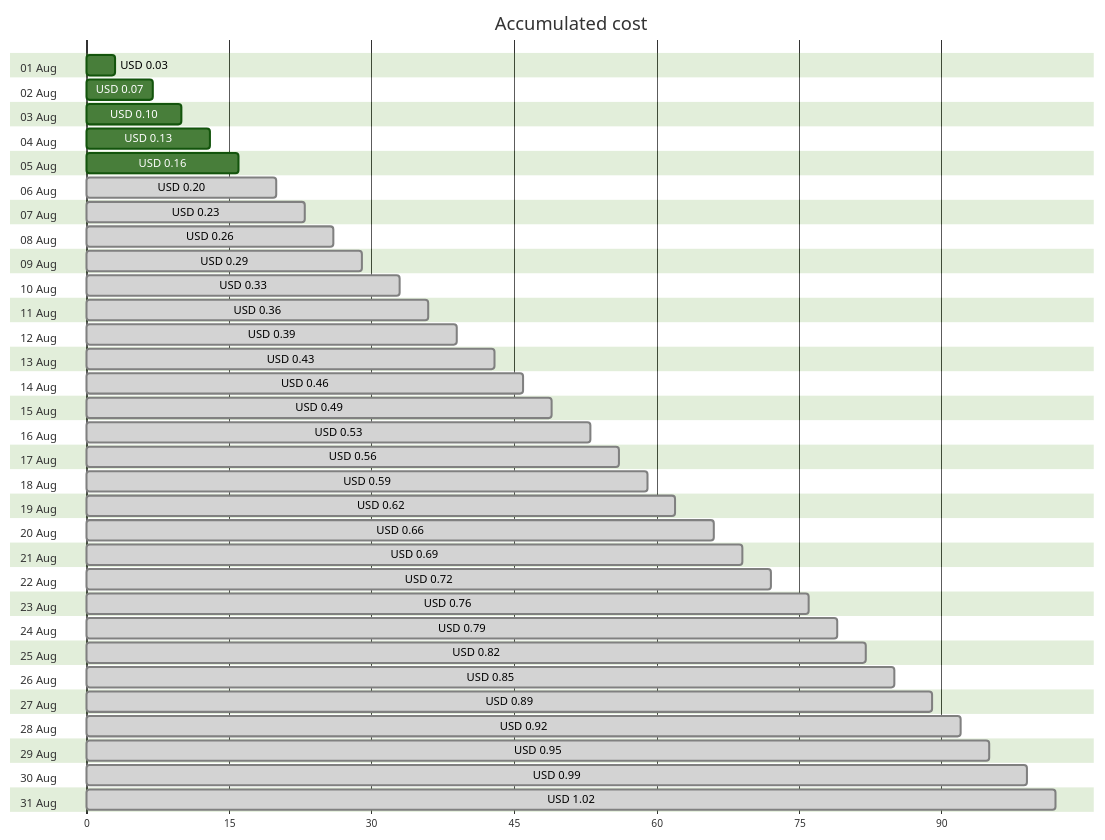
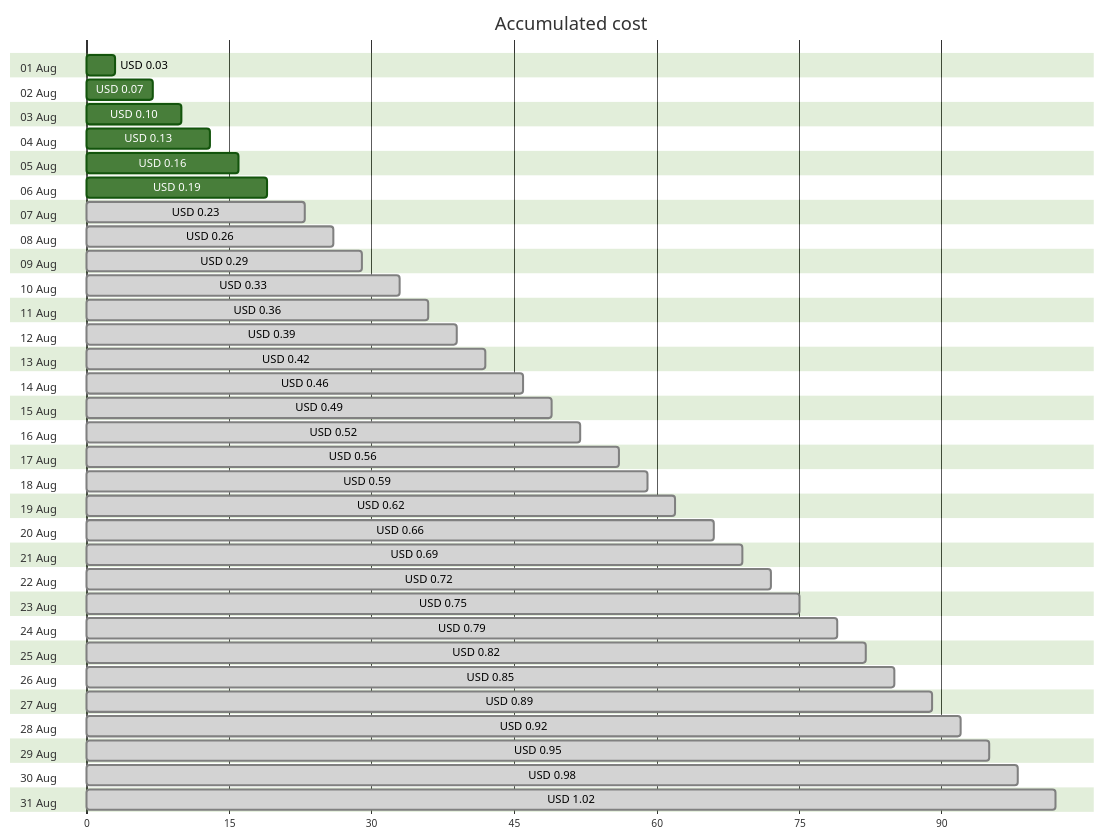
One commit to jpfulton/azure-personal-reports changed the first of 4 diagrams in cost-reports/personal-dns/README.md. Above: the diagram before and after it, drawn with Mermaid (forest theme). The commit also changed other lines of this file and 2 other files, not shown here.

````diff
--- a/cost-reports/personal-dns/README.md
+++ b/cost-reports/personal-dns/README.md
@@ -20,68 +20,68 @@
 ```mermaid
 gantt
    title Accumulated cost
    dateFormat  X
    axisFormat %s
    section 01 Aug
    USD 0.03 :0, 3
    section 02 Aug
    USD 0.07 :0, 7
    section 03 Aug
    USD 0.10 :0, 10
    section 04 Aug
    USD 0.13 :0, 13
    section 05 Aug
    USD 0.16 :0, 16
    section 06 Aug
-   USD 0.20 : done, 0, 20
+   USD 0.19 :0, 19
    section 07 Aug
    USD 0.23 : done, 0, 23
    section 08 Aug
    USD 0.26 : done, 0, 26
    section 09 Aug
    USD 0.29 : done, 0, 29
    section 10 Aug
    USD 0.33 : done, 0, 33
    section 11 Aug
    USD 0.36 : done, 0, 36
    section 12 Aug
    USD 0.39 : done, 0, 39
    section 13 Aug
-   USD 0.43 : done, 0, 43
+   USD 0.42 : done, 0, 42
    section 14 Aug
    USD 0.46 : done, 0, 46
    section 15 Aug
    USD 0.49 : done, 0, 49
    section 16 Aug
-   USD 0.53 : done, 0, 53
+   USD 0.52 : done, 0, 52
    section 17 Aug
    USD 0.56 : done, 0, 56
    section 18 Aug
    USD 0.59 : done, 0, 59
    section 19 Aug
    USD 0.62 : done, 0, 62
    section 20 Aug
    USD 0.66 : done, 0, 66
    section 21 Aug
    USD 0.69 : done, 0, 69
    section 22 Aug
    USD 0.72 : done, 0, 72
    section 23 Aug
-   USD 0.76 : done, 0, 76
+   USD 0.75 : done, 0, 75
    section 24 Aug
    USD 0.79 : done, 0, 79
    section 25 Aug
    USD 0.82 : done, 0, 82
    section 26 Aug
    USD 0.85 : done, 0, 85
    section 27 Aug
    USD 0.89 : done, 0, 89
    section 28 Aug
    USD 0.92 : done, 0, 92
    section 29 Aug
    USD 0.95 : done, 0, 95
    section 30 Aug
-   USD 0.99 : done, 0, 99
+   USD 0.98 : done, 0, 98
    section 31 Aug
    USD 1.02 : done, 0, 102
 ```
````
